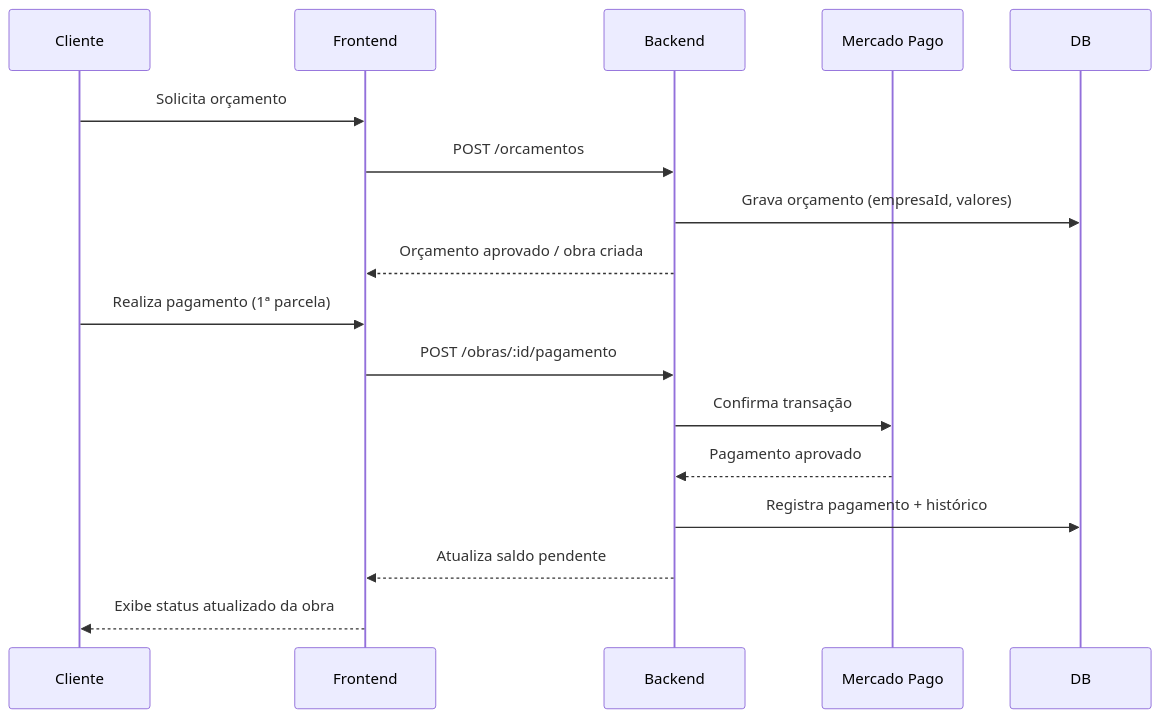
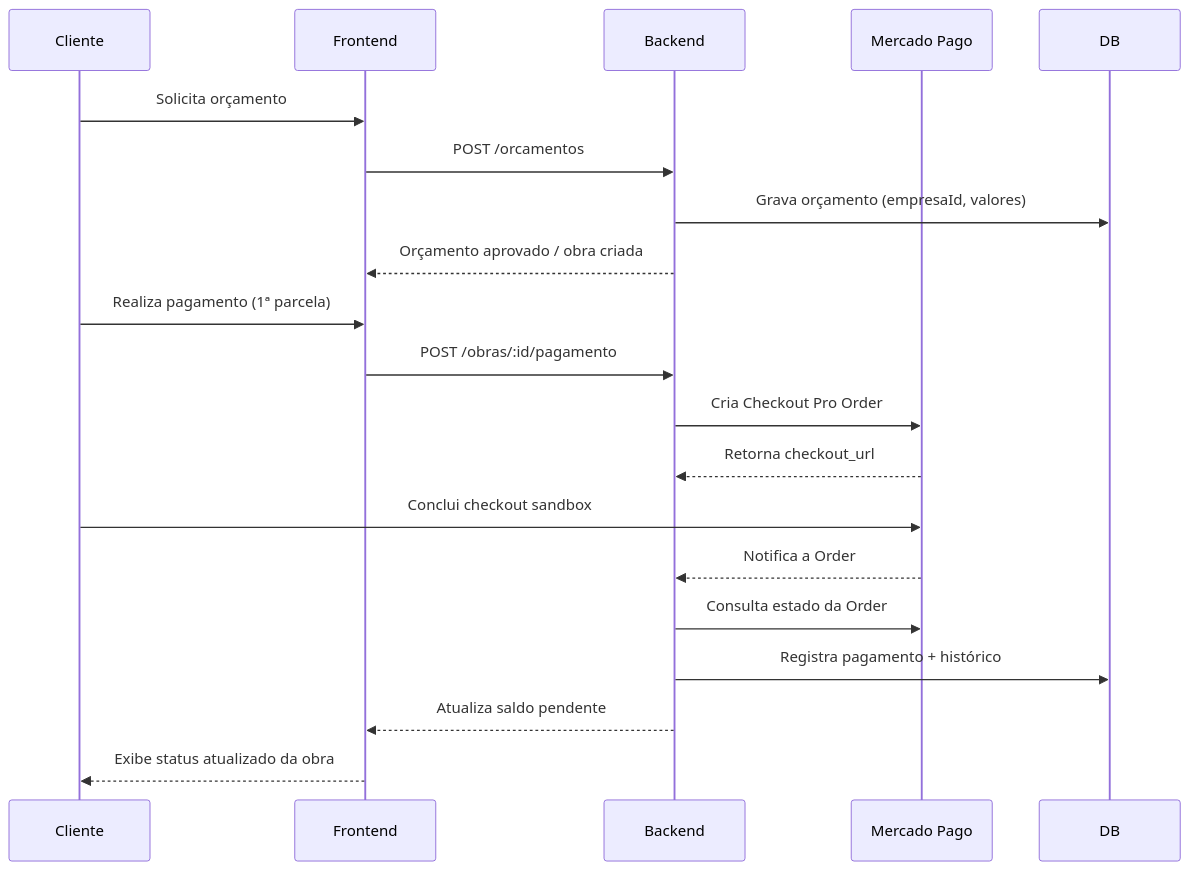
The third of 3 diagrams in README.md (Jaqueline-BCO-97/Gestao-de-Obras), drawn with Mermaid before and after one commit. The commit also changed other lines of this file and 9 other files, not shown here.

Commit message:
feat: implementa pagamento por checkout Mercado Pago (#18)

````diff
--- a/README.md
+++ b/README.md
@@ -234,20 +234,23 @@
 ```mermaid
 sequenceDiagram
     participant Cliente
     participant Frontend
     participant Backend
     participant Gateway as Mercado Pago
     participant DB
 
     Cliente->>Frontend: Solicita orçamento
     Frontend->>Backend: POST /orcamentos
     Backend->>DB: Grava orçamento (empresaId, valores)
     Backend-->>Frontend: Orçamento aprovado / obra criada
     Cliente->>Frontend: Realiza pagamento (1ª parcela)
     Frontend->>Backend: POST /obras/:id/pagamento
-    Backend->>Gateway: Confirma transação
-    Gateway-->>Backend: Pagamento aprovado
+    Backend->>Gateway: Cria Checkout Pro Order
+    Gateway-->>Backend: Retorna checkout_url
+    Cliente->>Gateway: Conclui checkout sandbox
+    Gateway-->>Backend: Notifica a Order
+    Backend->>Gateway: Consulta estado da Order
     Backend->>DB: Registra pagamento + histórico
     Backend-->>Frontend: Atualiza saldo pendente
     Frontend-->>Cliente: Exibe status atualizado da obra
 ```
````
